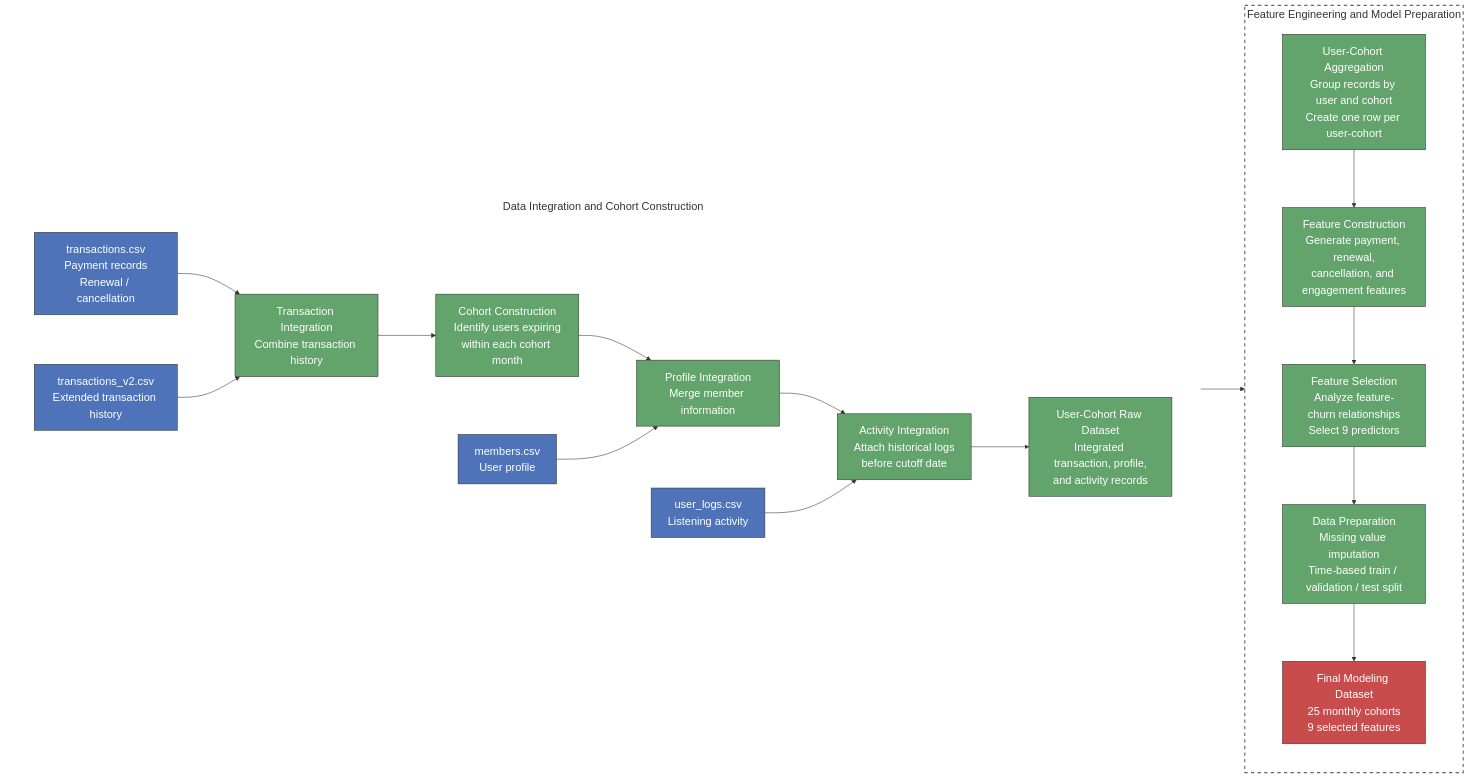
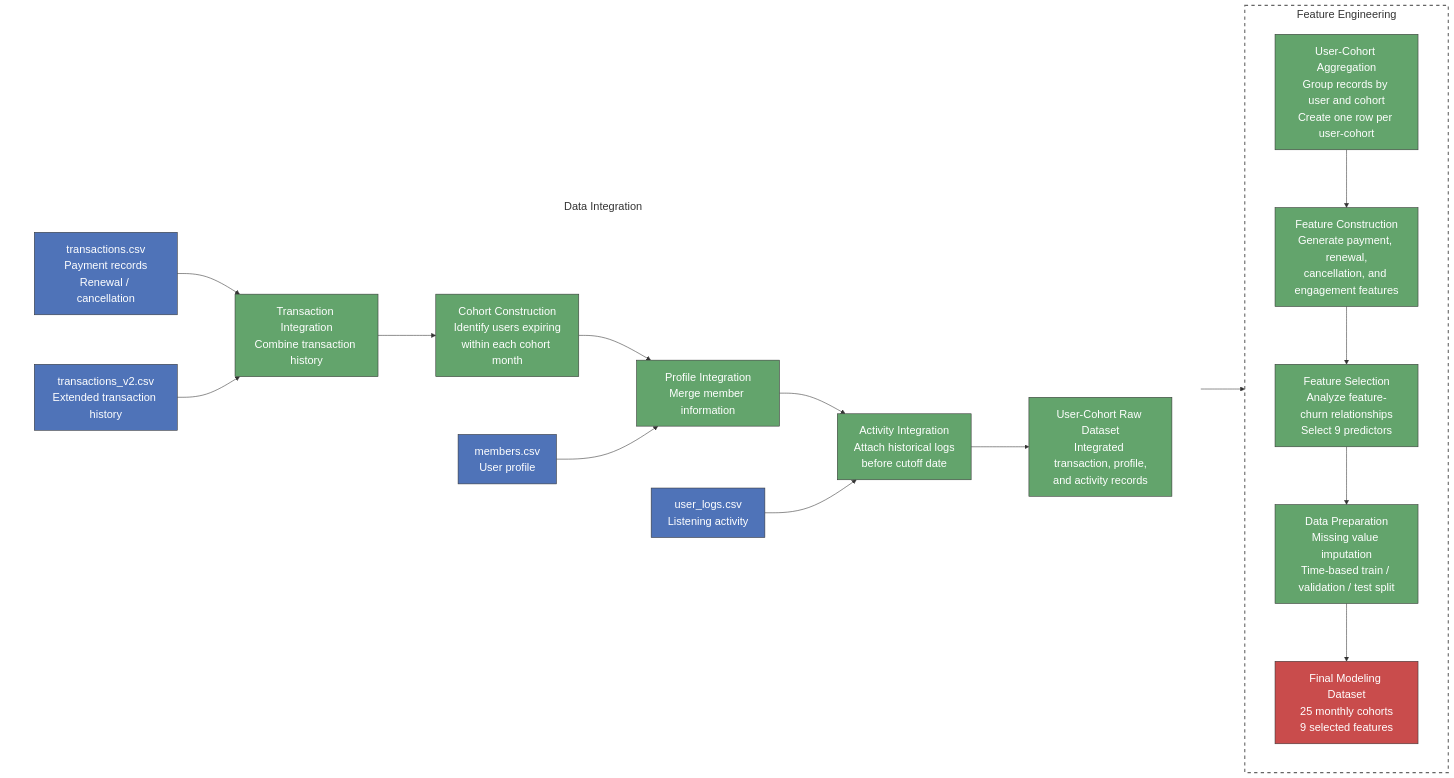
One commit to linxinliu241/kkbox-churn-project changed the diagram in README.md. Above: the diagram before and after it, drawn with Mermaid. The commit also changed other lines of this file, not shown here.

```diff
--- a/README.md
+++ b/README.md
@@ -120,7 +120,7 @@
 %% Stage 1: Data Integration
 %% =========================
 
-subgraph DATA["Data Integration and Cohort Construction"]
+subgraph DATA["Data Integration"]
 
 direction LR
 
@@ -168,7 +168,7 @@
 %% Stage 2: Feature Engineering
 %% =========================
 
-subgraph FEATURE["Feature Engineering and Model Preparation"]
+subgraph FEATURE["Feature Engineering"]
 
 direction TB
 
```
